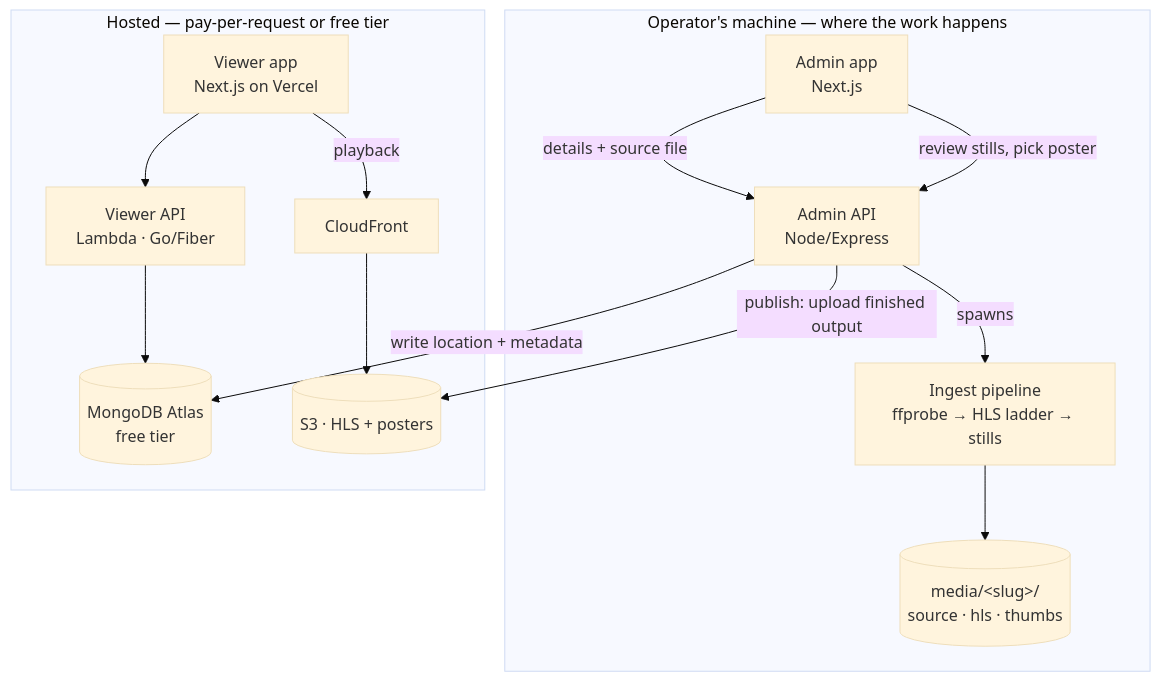
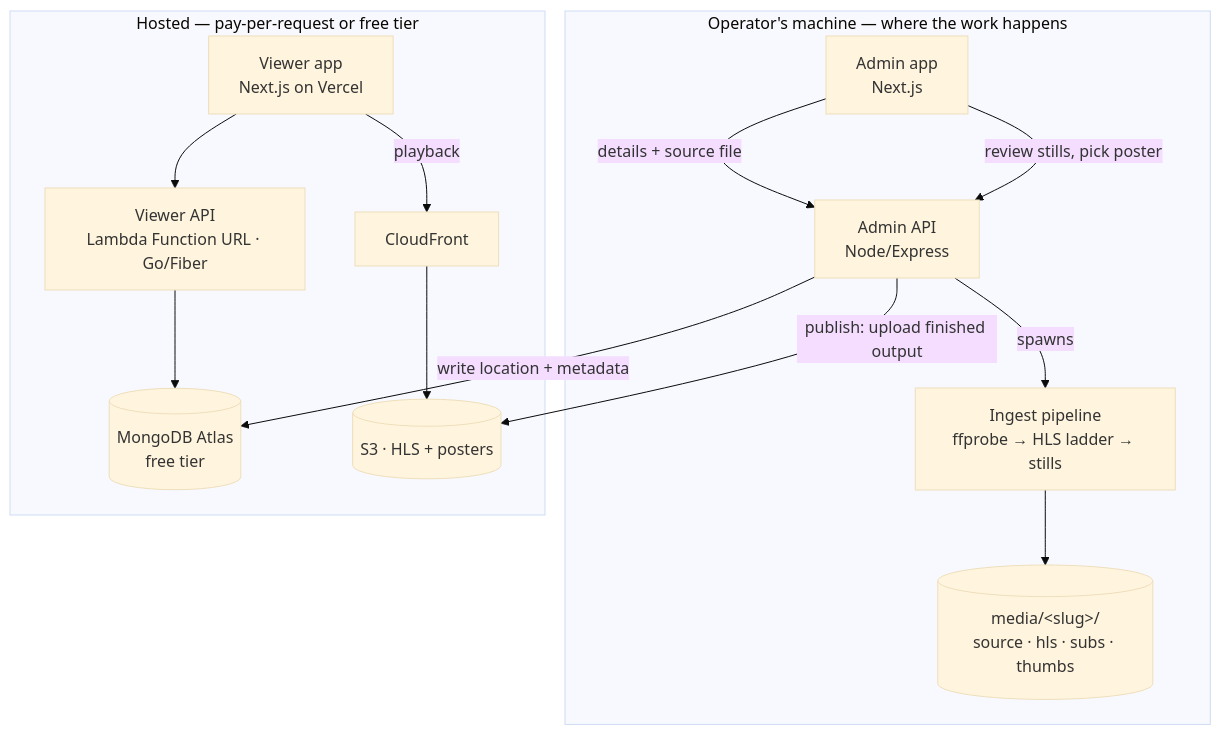
The diagram in README.md (Mann-webspider/Cartoonflix), drawn with Mermaid (base theme) before and after one commit. The commit also changed other lines of this file, not shown here.

````diff
--- a/README.md
+++ b/README.md
@@ -13,28 +53,28 @@
 ```mermaid
 flowchart TB
     subgraph local["Operator's machine — where the work happens"]
         AF["Admin app<br/>Next.js"]
         ADM["Admin API<br/>Node/Express"]
         PIPE["Ingest pipeline<br/>ffprobe → HLS ladder → stills"]
-        DISK[("media/&lt;slug&gt;/<br/>source · hls · thumbs")]
+        DISK[("media/&lt;slug&gt;/<br/>source · hls · subs · thumbs")]
     end
 
     subgraph cloud["Hosted — pay-per-request or free tier"]
         VF["Viewer app<br/>Next.js on Vercel"]
-        USR["Viewer API<br/>Lambda · Go/Fiber"]
+        USR["Viewer API<br/>Lambda Function URL · Go/Fiber"]
         DB[("MongoDB Atlas<br/>free tier")]
         S3HLS[("S3 · HLS + posters")]
         CF["CloudFront"]
     end
 
     AF -->|"details + source file"| ADM
     ADM -->|spawns| PIPE
     PIPE --> DISK
     AF -->|"review stills, pick poster"| ADM
     ADM -->|"publish: upload finished output"| S3HLS
     ADM -->|"write location + metadata"| DB
 
     VF --> USR
     USR --> DB
     VF -->|playback| CF --> S3HLS
 ```
````
